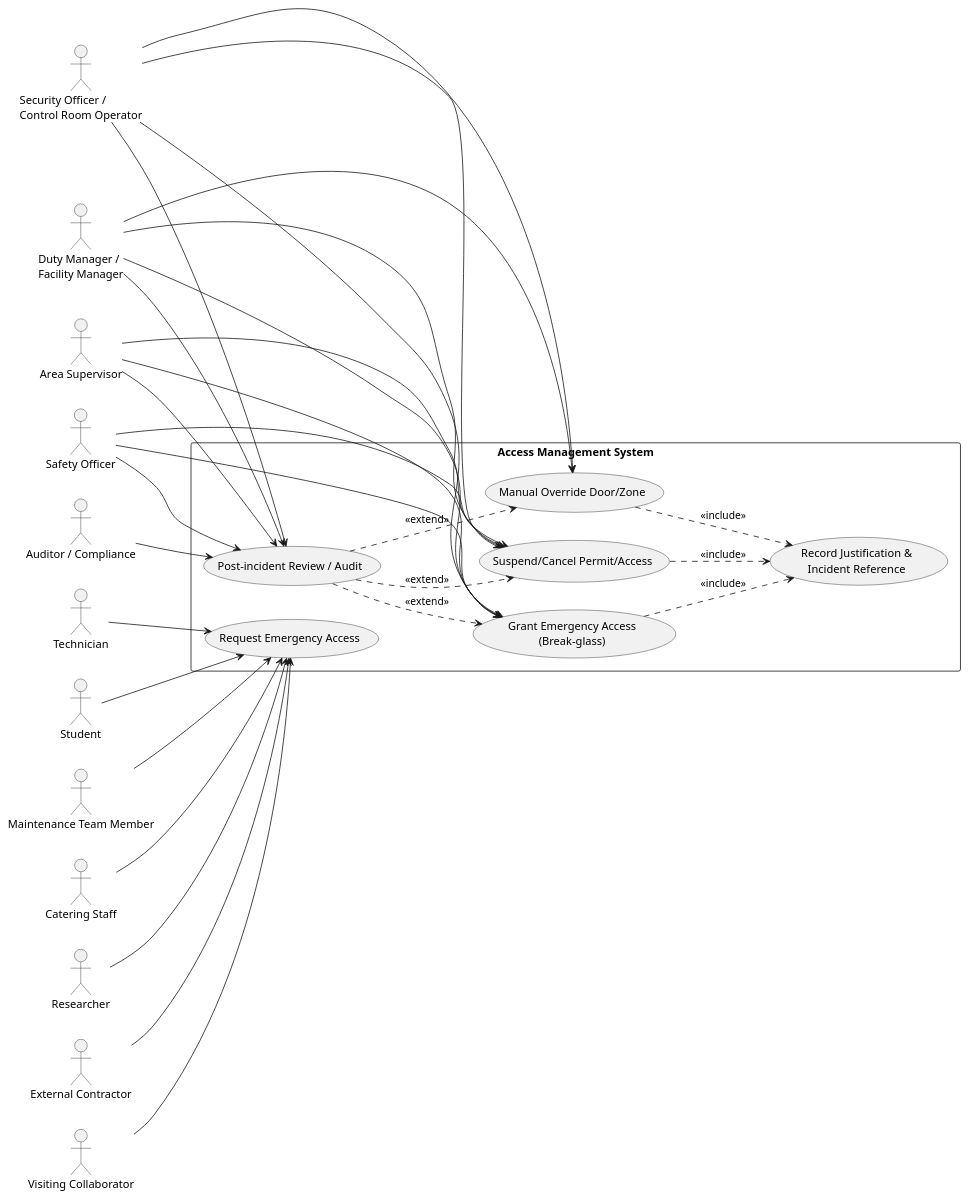
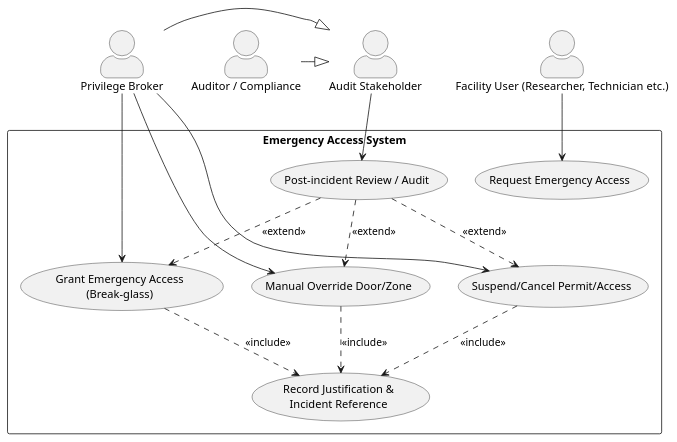
The diagram in emergencyUseCase.puml (AsadYezdan-School/IOT542AccessControl), drawn with PlantUML before and after one commit.

Commit message:
Basic acces control diagram, with abstract actors for clarity, but not very realistic for access based on db reads

```diff
--- a/emergencyUseCase.puml
+++ b/emergencyUseCase.puml
@@ -1,68 +1,47 @@
 @startuml
-left to right direction
 
-' Explicitly declare use cases so the renderer treats this as a Use Case diagram
-actor Researcher
-actor Technician
-actor Student
-actor "Visiting Collaborator" as Visitor
-actor "Maintenance Team Member" as Maintenance
-actor "Catering Staff" as Catering
-actor "External Contractor" as Contractor
+skinparam actorStyle awesome
 
-actor "Security Officer /\nControl Room Operator" as Security
-actor "Duty Manager /\nFacility Manager" as DutyMgr
-actor "Safety Officer" as Safety
-actor "Area Supervisor" as Supervisor
+' Privileged authorities (break-glass / override / suspend)
+actor "Privilege Broker" as PrivAuthority
+
+
+' General facility population (can request emergency access)
+actor "Facility User (Researcher, Technician etc.)" as FacilityUser
+
+
+
+' Audit stakeholders
+actor "Audit Stakeholder" as AuditStakeholder
+PrivAuthority -|> AuditStakeholder
 actor "Auditor / Compliance" as Auditor
+Auditor -|> AuditStakeholder
 
-rectangle "Access Management System" {
+rectangle "Emergency Access System" {
 
   usecase "Request Emergency Access" as UC_RequestEA
   usecase "Grant Emergency Access\n(Break-glass)" as UC_GrantEA
   usecase "Manual Override Door/Zone" as UC_Override
   usecase "Suspend/Cancel Permit/Access" as UC_Suspend
   usecase "Record Justification &\nIncident Reference" as UC_Justify
   usecase "Post-incident Review / Audit" as UC_Audit
 }
 
-' General roles can request emergency access
-Researcher  --> UC_RequestEA
-Technician  --> UC_RequestEA
-Student     --> UC_RequestEA
-Visitor     --> UC_RequestEA
-Maintenance --> UC_RequestEA
-Catering    --> UC_RequestEA
-Contractor  --> UC_RequestEA
+'Associations'
+FacilityUser     --> UC_RequestEA
+PrivAuthority    --> UC_GrantEA
+PrivAuthority    --> UC_Override
+PrivAuthority    --> UC_Suspend
+AuditStakeholder --> UC_Audit
 
-' Privileged roles can grant/override/suspend
-Security   --> UC_GrantEA
-DutyMgr    --> UC_GrantEA
-Safety     --> UC_GrantEA
-Supervisor --> UC_GrantEA
 
-Security --> UC_Override
-DutyMgr  --> UC_Override
-
-Security   --> UC_Suspend
-DutyMgr    --> UC_Suspend
-Safety     --> UC_Suspend
-Supervisor --> UC_Suspend
-
-' Audit / review stakeholders
-Auditor    --> UC_Audit
-Security   --> UC_Audit
-DutyMgr    --> UC_Audit
-Safety     --> UC_Audit
-Supervisor --> UC_Audit
-
-' Strong audit obligations: justification is mandatory
 UC_GrantEA  ..> UC_Justify : <<include>>
 UC_Override ..> UC_Justify : <<include>>
 UC_Suspend  ..> UC_Justify : <<include>>
 
-' Reviews occur after exceptional actions (optional extension relationship)
+
 UC_Audit ..> UC_GrantEA  : <<extend>>
 UC_Audit ..> UC_Override : <<extend>>
 UC_Audit ..> UC_Suspend  : <<extend>>
+
 @enduml
```
